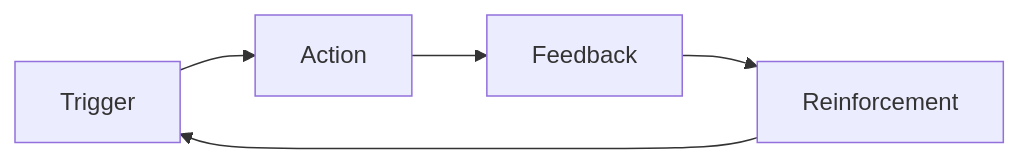
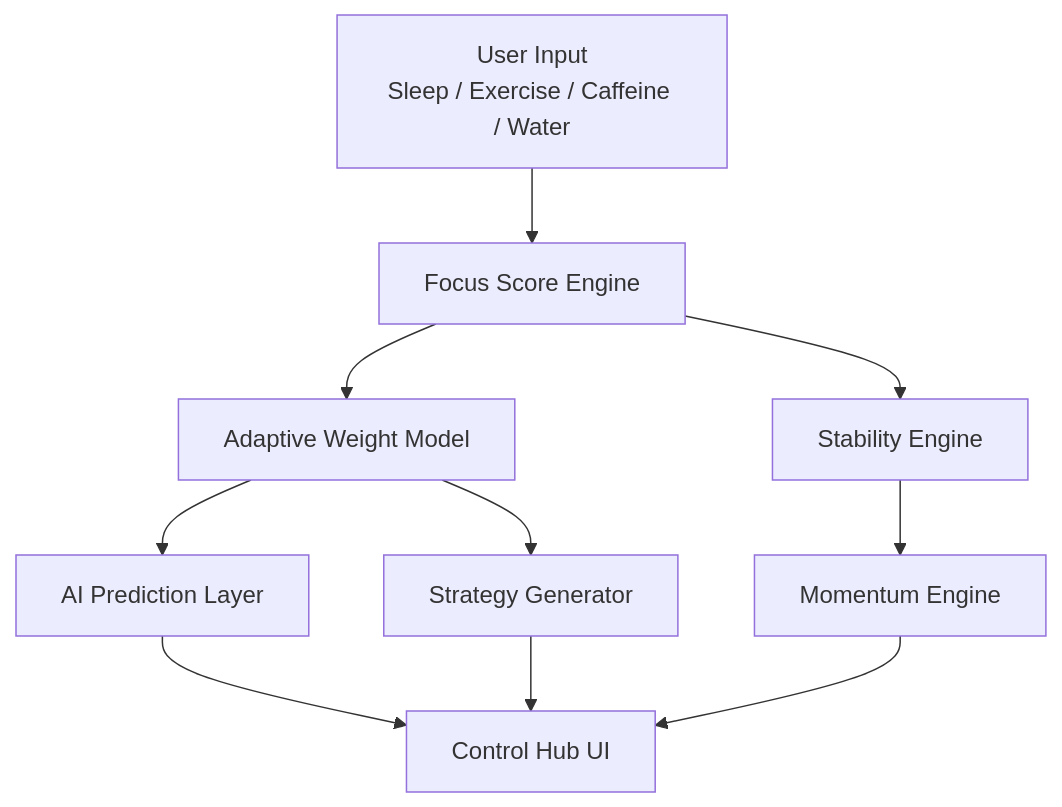
Before and after one commit to QUESTION-LAB/FOCUSLAB: the third of 3 diagrams in README.md, drawn with Mermaid. The commit also changed other lines of this file, not shown here.

````diff
--- a/README.md
+++ b/README.md
@@ -437,8 +497,18 @@
 ```mermaid
-graph LR
+graph TD
 
-T[Trigger] --> A[Action]
-A --> F[Feedback]
-F --> R[Reinforcement]
-R --> T
+A[User Input\nSleep / Exercise / Caffeine / Water]
+    --> B[Focus Score Engine]
+
+B --> C[Adaptive Weight Model]
+B --> D[Stability Engine]
+
+C --> E[AI Prediction Layer]
+C --> F[Strategy Generator]
+
+D --> G[Momentum Engine]
+
+E --> H[Control Hub UI]
+F --> H
+G --> H
 ```
````
